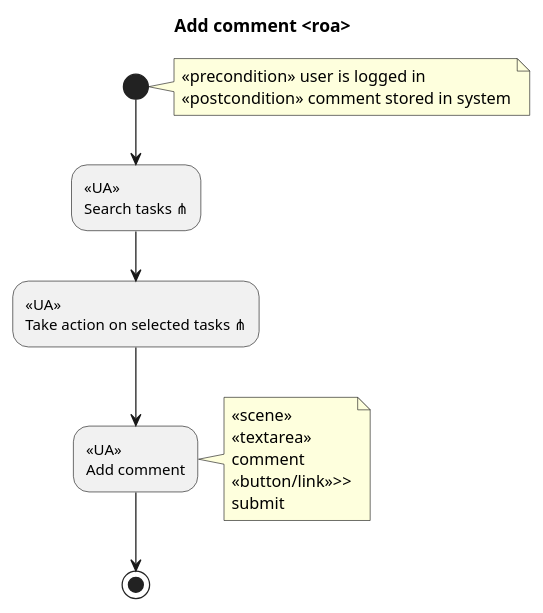
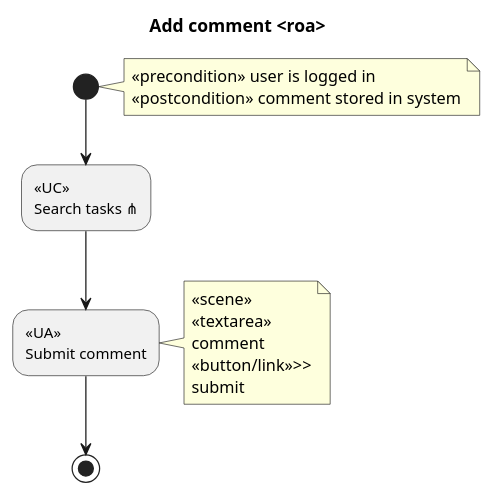
One commit to bzg/bugpile changed diagram 14 of 38 in doc/worg/org-contrib/gsoc2012/student-projects/bugpile/i.org. Above: the diagram before and after it, drawn with PlantUML. The commit also changed other lines of this file and 3 other files, not shown here.

Commit message:
i.org tutorial on worg: software oriented use case diagrams written.

```diff
--- a/doc/worg/org-contrib/gsoc2012/student-projects/bugpile/i.org
+++ b/doc/worg/org-contrib/gsoc2012/student-projects/bugpile/i.org
@@ -864,9 +865,8 @@
 #+begin_src plantuml :file ../../../../images/gsoc/2012/bugpile/add-comment-uml-roa.png 
   title Add comment <roa>
   note right: <<precondition>> user is logged in\n<<postcondition>> comment stored in system
-  (*) --> "<<UA>>\nSearch tasks ⋔" 
-  --> "<<UA>>\nTake action on selected tasks ⋔"
-  --> "<<UA>>\nAdd comment"
+  (*) --> "<<UC>>\nSearch tasks ⋔" 
+  --> "<<UA>>\nSubmit comment"
   note right: <<scene>>\n<<textarea>>\ncomment\n<<button/link>>>>\nsubmit
   --> (*)
 #+end_src
```
